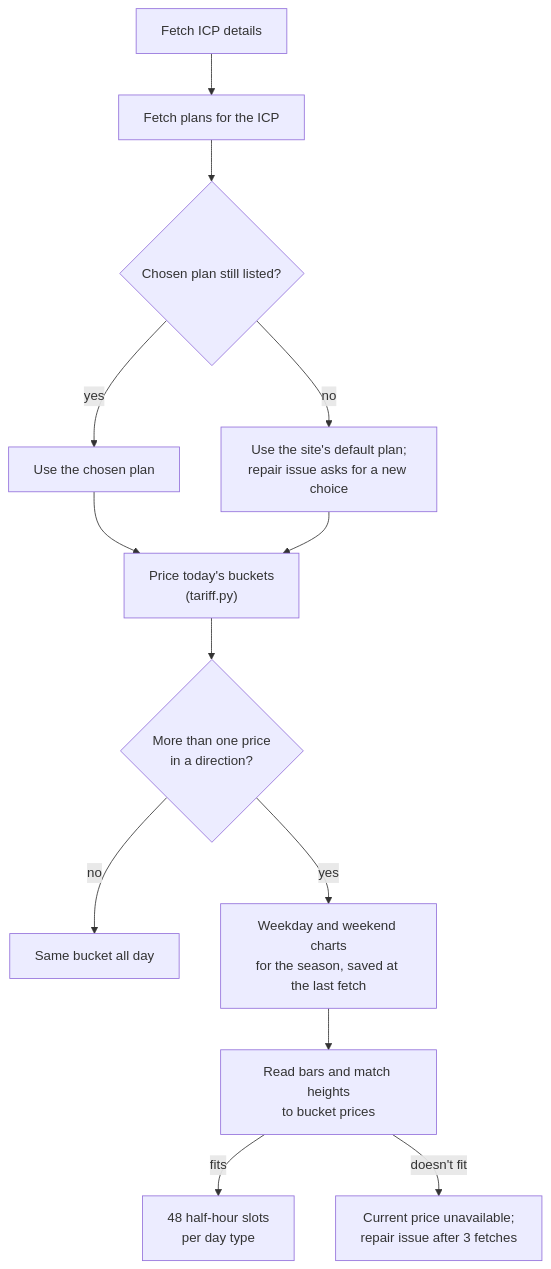
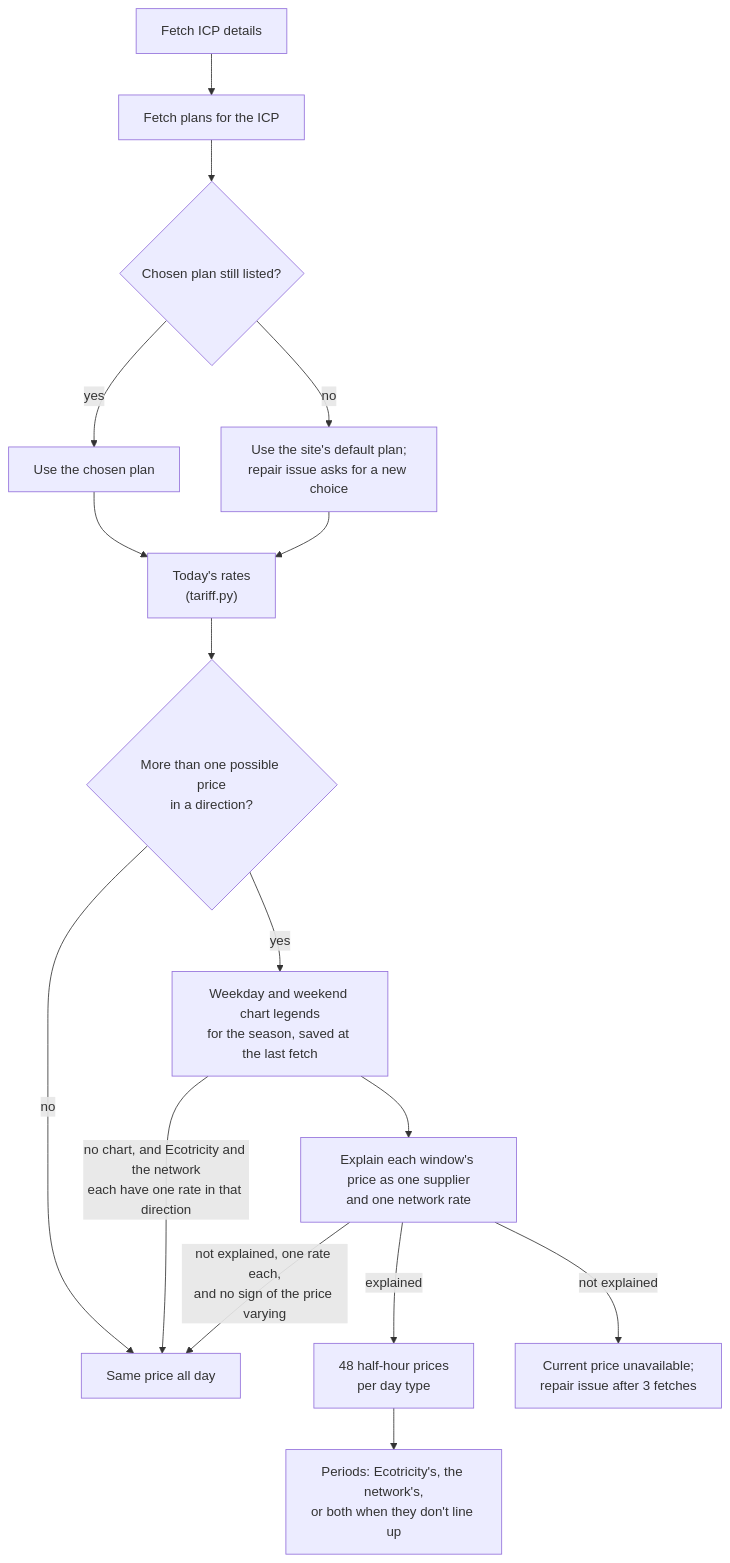
One commit to rhyskoedijk/ha-ecotricity-nz changed the second of 4 diagrams in docs/architecture.md. Above: the diagram before and after it, drawn with Mermaid. The commit also changed other lines of this file and 90 other files, not shown here.

````diff
--- a/docs/architecture.md
+++ b/docs/architecture.md
@@ -84,14 +84,17 @@
 ```mermaid
 flowchart TD
     A["Fetch ICP details"] --> B["Fetch plans for the ICP"]
     B --> F{"Chosen plan still listed?"}
     F -- yes --> Q["Use the chosen plan"]
     F -- no --> S["Use the site's default plan;<br/>repair issue asks for a new choice"]
-    Q & S --> G["Price today's buckets<br/>(tariff.py)"]
-    G --> H{"More than one price<br/>in a direction?"}
-    H -- no --> I["Same bucket all day"]
-    H -- yes --> J["Weekday and weekend charts<br/>for the season, saved at the last fetch"]
-    J --> K["Read bars and match heights<br/>to bucket prices"]
-    K -- fits --> L["48 half-hour slots<br/>per day type"]
-    K -- "doesn't fit" --> M["Current price unavailable;<br/>repair issue after 3 fetches"]
+    Q & S --> G["Today's rates<br/>(tariff.py)"]
+    G --> H{"More than one possible price<br/>in a direction?"}
+    H -- no --> I["Same price all day"]
+    H -- yes --> J["Weekday and weekend chart legends<br/>for the season, saved at the last fetch"]
+    J -- "no chart, and Ecotricity and the network<br/>each have one rate in that direction" --> I
+    J --> K["Explain each window's price as one supplier<br/>and one network rate"]
+    K -- explained --> L["48 half-hour prices<br/>per day type"]
+    K -- "not explained, one rate each,<br/>and no sign of the price varying" --> I
+    K -- "not explained" --> M["Current price unavailable;<br/>repair issue after 3 fetches"]
+    L --> N["Periods: Ecotricity's, the network's,<br/>or both when they don't line up"]
 ```
````
